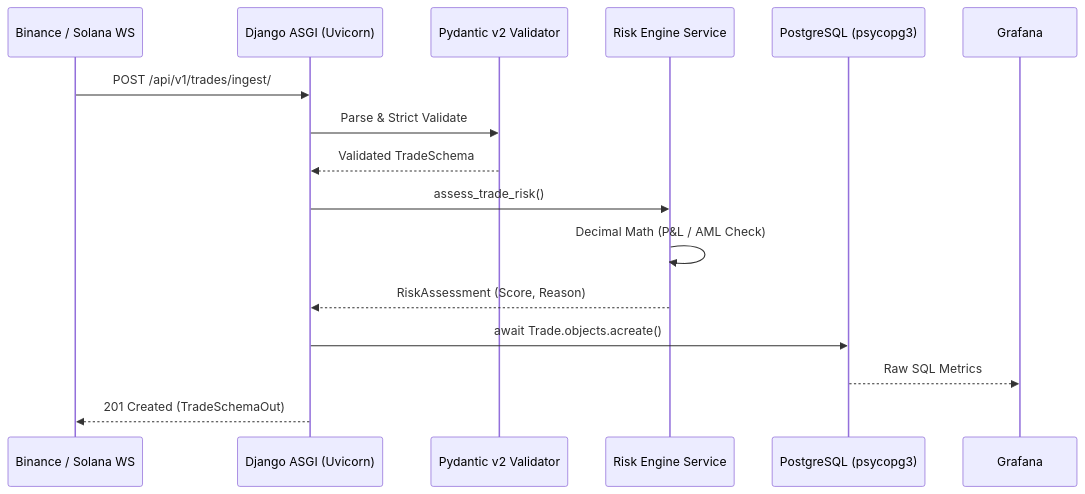
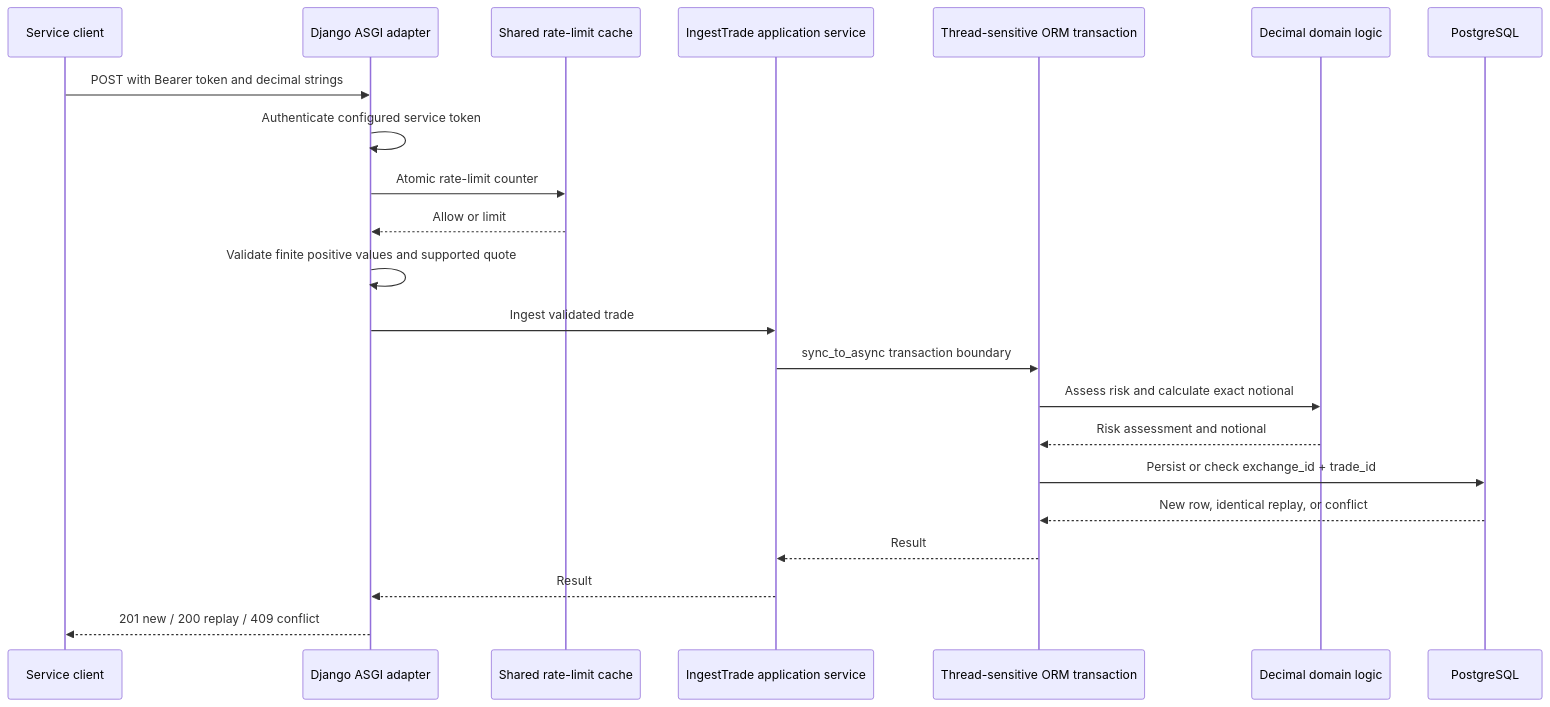
Before and after one commit to Artem7898/novatradecore: the diagram in .mermaid, drawn with Mermaid. The commit also changed 82 other files, not shown here.

```diff
--- a/.mermaid
+++ b/.mermaid
@@ -1,17 +1,23 @@
 sequenceDiagram
-    participant WS as Binance / Solana WS
-    participant API as Django ASGI (Uvicorn)
-    participant Pydantic as Pydantic v2 Validator
-    participant Svc as Risk Engine Service
-    participant DB as PostgreSQL (psycopg3)
-    participant Monitor as Grafana
+    participant Client as Service client
+    participant API as Django ASGI adapter
+    participant Redis as Shared rate-limit cache
+    participant App as IngestTrade application service
+    participant Store as Thread-sensitive ORM transaction
+    participant Domain as Decimal domain logic
+    participant DB as PostgreSQL
 
-    WS->>API: POST /api/v1/trades/ingest/
-    API->>Pydantic: Parse & Strict Validate
-    Pydantic-->>API: Validated TradeSchema
-    API->>Svc: assess_trade_risk()
-    Svc->>Svc: Decimal Math (P&L / AML Check)
-    Svc-->>API: RiskAssessment (Score, Reason)
-    API->>DB: await Trade.objects.acreate()
-    DB-->>Monitor: Raw SQL Metrics
-    API-->>WS: 201 Created (TradeSchemaOut)
+    Client->>API: POST with Bearer token and decimal strings
+    API->>API: Authenticate configured service token
+    API->>Redis: Atomic rate-limit counter
+    Redis-->>API: Allow or limit
+    API->>API: Validate finite positive values and supported quote
+    API->>App: Ingest validated trade
+    App->>Store: sync_to_async transaction boundary
+    Store->>Domain: Assess risk and calculate exact notional
+    Domain-->>Store: Risk assessment and notional
+    Store->>DB: Persist or check exchange_id + trade_id
+    DB-->>Store: New row, identical replay, or conflict
+    Store-->>App: Result
+    App-->>API: Result
+    API-->>Client: 201 new / 200 replay / 409 conflict
```
